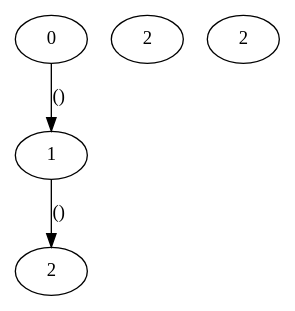
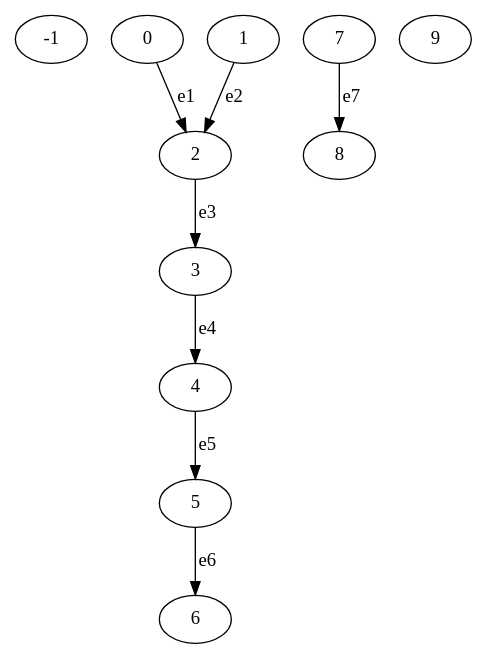
The diagram in WebCola/examples/graphdata/SPNGraph.dot (OlegJakushkin/WebCola), drawn with Graphviz before and after one commit. The commit also changed 2 other files, not shown here.

```diff
--- a/WebCola/examples/graphdata/SPNGraph.dot
+++ b/WebCola/examples/graphdata/SPNGraph.dot
@@ -1,11 +1,29 @@
 digraph G {
-    subgraph {
-    u0[label="0" type="place"];
-    u1[label="1" type="transition"];
-    u2[label="2" type="place"];
+    subgraph pattern {
+        test_r[label="-1" type="place"];
+        subgraph public_in {
+            pi_p1[label="0" type="place"];
+            pi_p2[label="1" type="place"];
+        }
+        subgraph private {
+            pt1[label="2" type="transition"];
+            u0[label="3" type="place"];
+            u1[label="4" type="transition"];
+            u2[label="5" type="place"];
+        }
+        subgraph public_out {
+            po_t[label="6" type="transition"];
+        }
     }
-    u3[label="2" type="place"];
-    u4[label="2" type="place"];
-    u0 -> u1 [ label="()"];
-    u1 -> u2 [ label="()"];
+    u3[label="7" type="place"];
+    u4[label="8" type="place"];
+    u5[label="9" type="place"];
+
+    pi_p1 -> pt1 [label="e1"];
+    pi_p2 -> pt1 [label="e2"];
+    pt1-> u0 [label="e3"];
+    u0 -> u1 [label="e4"];
+    u1 -> u2 [label="e5"];
+    u2 -> po_t [label="e6"];
+    u3->u4 [label="e7"];
 }
```
